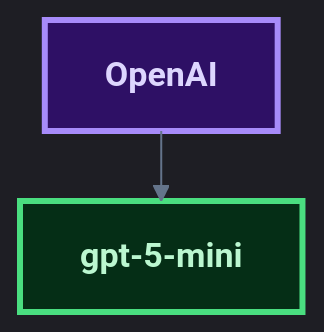
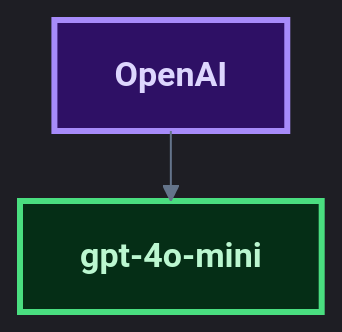
One commit to Alex-is-Gonzalez/Daisy_Health changed the fourth of 6 diagrams in README.MD. Above: the diagram before and after it, drawn with Mermaid. The commit also changed other lines of this file and 6 other files, not shown here.

````diff
--- a/README.MD
+++ b/README.MD
@@ -347,23 +347,23 @@
 ```mermaid
 ---
 config:
   layout: elk
   theme: dark
   themeVariables:
     background: '#0b1120'
     primaryTextColor: '#f8fafc'
     lineColor: '#64748b'
     fontFamily: ''
     fontSize: 17px
 ---
 flowchart TB
-    D["OpenAI"] --> E["gpt-5-mini"]
+    D["OpenAI"] --> E["gpt-4o-mini"]
 
      D:::gateway
      E:::language
     classDef source fill:#172554,stroke:#818cf8,color:#f8fafc,stroke-width:3px,font-weight:bold
     classDef model fill:#431407,stroke:#fb923c,color:#fed7aa,stroke-width:3px,font-weight:bold
     classDef storage fill:#082f49,stroke:#38bdf8,color:#bae6fd,stroke-width:3px,font-weight:bold
     classDef gateway fill:#2e1065,stroke:#a78bfa,color:#ddd6fe,stroke-width:3px,font-weight:bold
     classDef language fill:#052e16,stroke:#4ade80,color:#bbf7d0,stroke-width:3px,font-weight:bold
 ```
````
